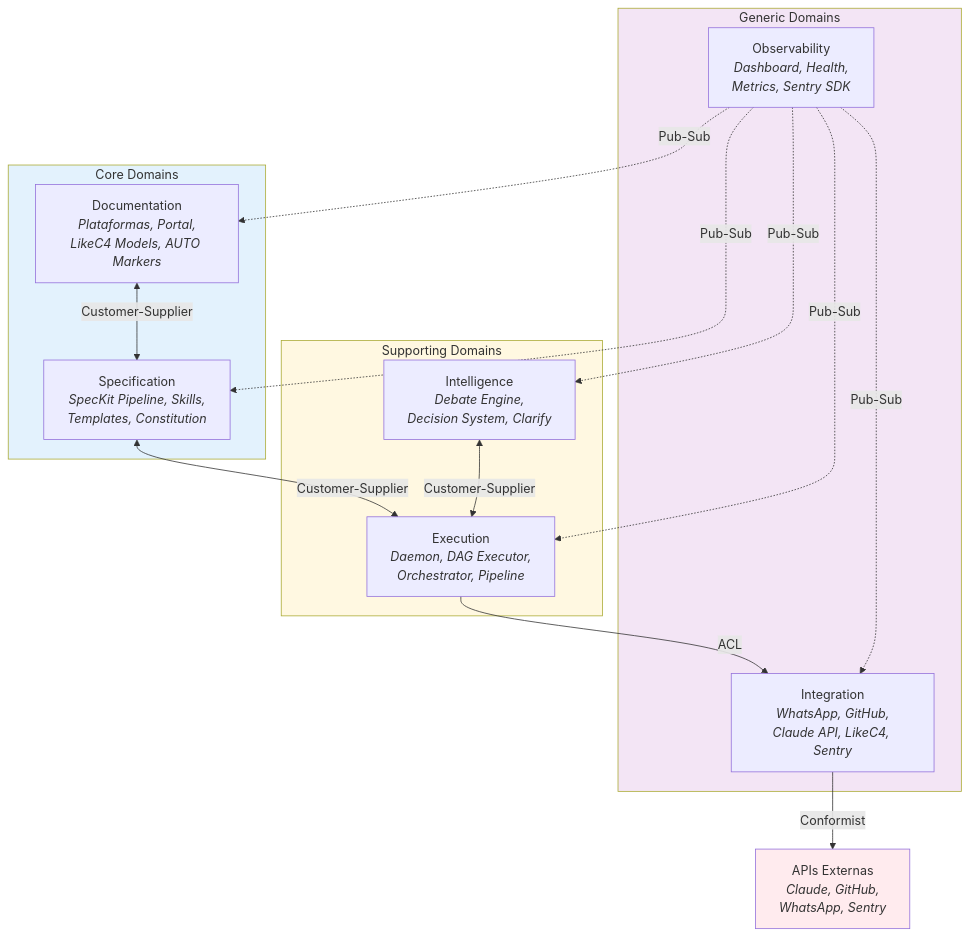
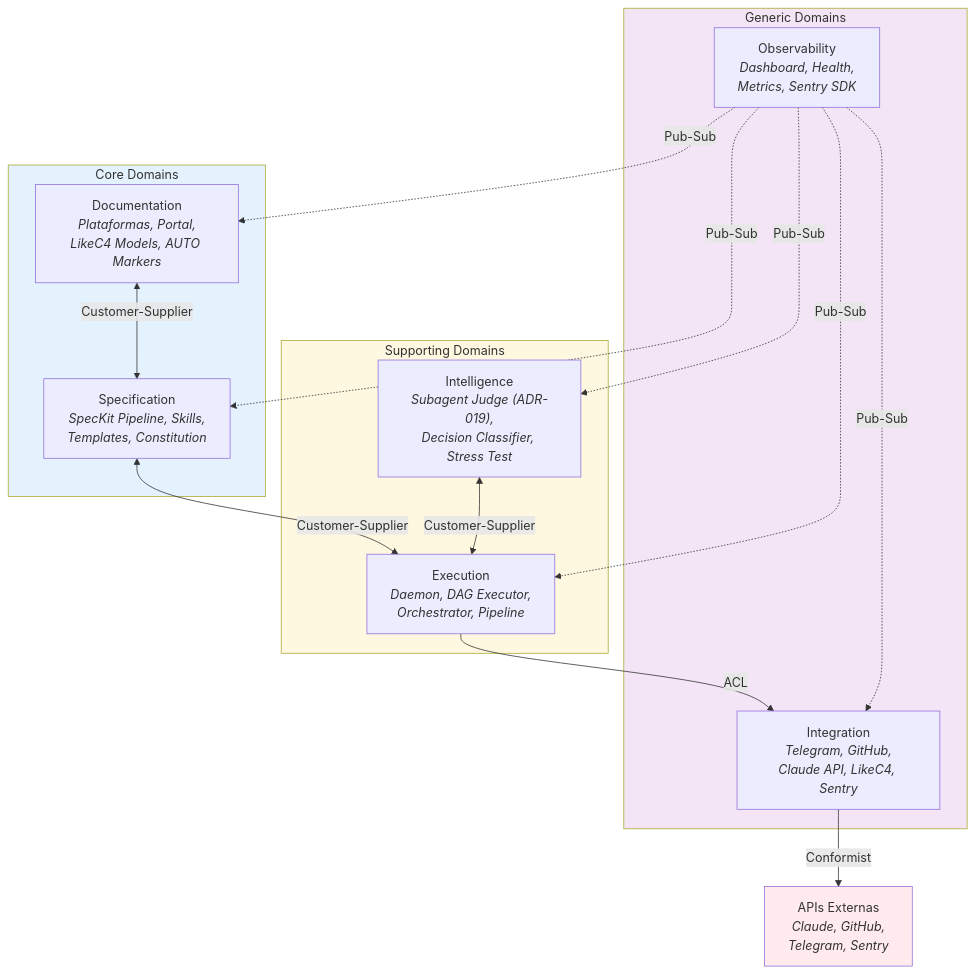
One commit to paceautomations/madruga.ai changed the diagram in platforms/madruga-ai/engineering/context-map.md. Above: the diagram before and after it, drawn with Mermaid. The commit also changed other lines of this file and 74 other files, not shown here.

First line of the commit message:
feat: epic-breakdown, roadmap expansion, skills hardening, portal polish, new ADRs 018-019

````diff
--- a/platforms/madruga-ai/engineering/context-map.md
+++ b/platforms/madruga-ai/engineering/context-map.md
@@ -11,33 +11,33 @@
 ```mermaid
 graph TB
     subgraph core["Core Domains"]
         doc["Documentation<br/><i>Plataformas, Portal,<br/>LikeC4 Models, AUTO Markers</i>"]
         spec["Specification<br/><i>SpecKit Pipeline, Skills,<br/>Templates, Constitution</i>"]
     end
 
     subgraph supporting["Supporting Domains"]
         exec["Execution<br/><i>Daemon, DAG Executor,<br/>Orchestrator, Pipeline</i>"]
-        intel["Intelligence<br/><i>Debate Engine,<br/>Decision System, Clarify</i>"]
+        intel["Intelligence<br/><i>Subagent Judge (ADR-019),<br/>Decision Classifier, Stress Test</i>"]
     end
 
     subgraph generic["Generic Domains"]
-        integ["Integration<br/><i>WhatsApp, GitHub,<br/>Claude API, LikeC4, Sentry</i>"]
+        integ["Integration<br/><i>Telegram, GitHub,<br/>Claude API, LikeC4, Sentry</i>"]
         obs["Observability<br/><i>Dashboard, Health,<br/>Metrics, Sentry SDK</i>"]
     end
 
     doc <-->|"Customer-Supplier"| spec
     spec <-->|"Customer-Supplier"| exec
     exec -->|"ACL"| integ
     intel <-->|"Customer-Supplier"| exec
     obs -.->|"Pub-Sub"| doc
     obs -.->|"Pub-Sub"| spec
     obs -.->|"Pub-Sub"| exec
     obs -.->|"Pub-Sub"| intel
     obs -.->|"Pub-Sub"| integ
-    integ -->|"Conformist"| ext["APIs Externas<br/><i>Claude, GitHub,<br/>WhatsApp, Sentry</i>"]
+    integ -->|"Conformist"| ext["APIs Externas<br/><i>Claude, GitHub,<br/>Telegram, Sentry</i>"]
 
     style core fill:#E3F2FD
     style supporting fill:#FFF8E1
     style generic fill:#F3E5F5
     style ext fill:#FFEBEE
 ```
````
